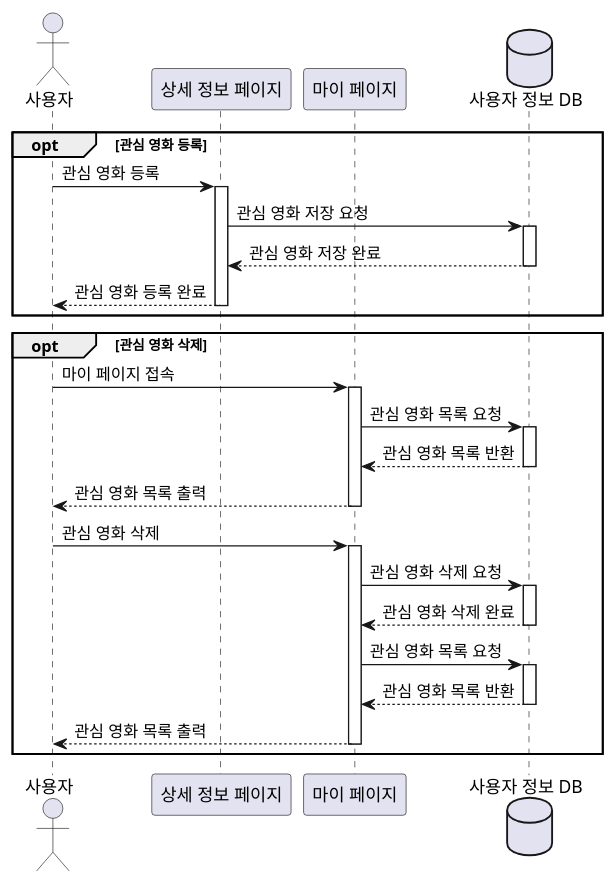
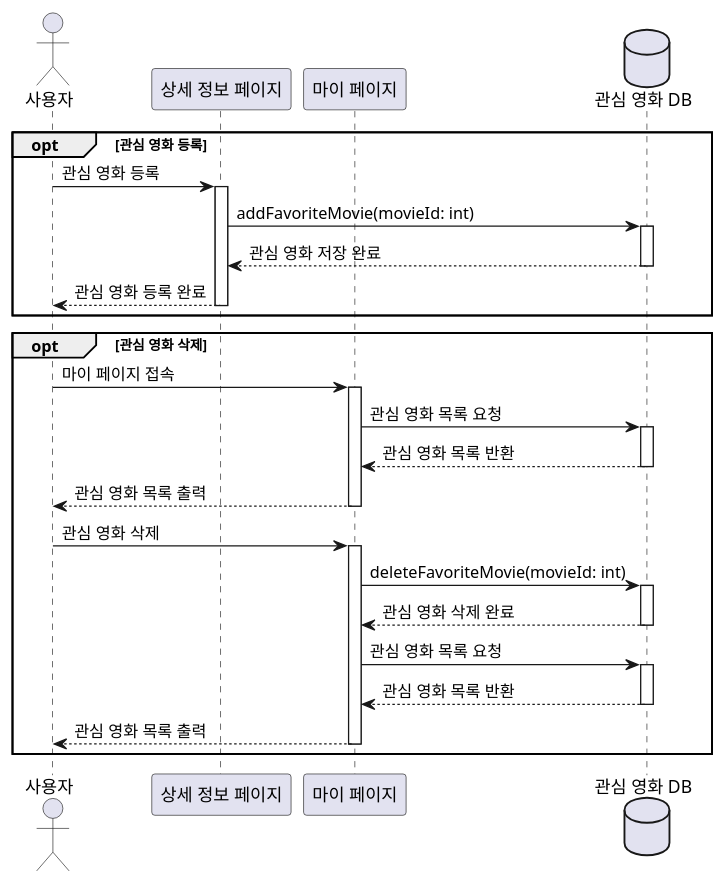
Before and after one commit to marmot8080/SWE: the diagram in src/sequence_favorite.puml, drawn with PlantUML. The commit also changed 6 other files, not shown here.

Commit message:
Update sequence diagram

```diff
--- a/src/sequence_favorite.puml
+++ b/src/sequence_favorite.puml
@@ -1,43 +1,43 @@
 @startuml
 
 actor "사용자" as user
 participant "상세 정보 페이지" as detailPage
 participant "마이 페이지" as myPage
-database "사용자 정보 DB" as db
+database "관심 영화 DB" as db
 
 opt 관심 영화 등록
 user -> detailPage : 관심 영화 등록
 activate detailPage
-detailPage -> db : 관심 영화 저장 요청
+detailPage -> db : addFavoriteMovie(movieId: int)
 activate db
 db --> detailPage : 관심 영화 저장 완료
 deactivate db
 detailPage --> user : 관심 영화 등록 완료
 deactivate detailPage
 end
 
 opt 관심 영화 삭제
 user -> myPage : 마이 페이지 접속
 activate myPage
 myPage -> db : 관심 영화 목록 요청
 activate db
 db --> myPage : 관심 영화 목록 반환
 deactivate db
 myPage --> user : 관심 영화 목록 출력
 deactivate myPage
 
 user -> myPage : 관심 영화 삭제
 activate myPage
-myPage -> db : 관심 영화 삭제 요청
+myPage -> db : deleteFavoriteMovie(movieId: int)
 activate db
 db --> myPage : 관심 영화 삭제 완료
 deactivate db
 myPage -> db : 관심 영화 목록 요청
 activate db
 db --> myPage : 관심 영화 목록 반환
 deactivate db
 myPage --> user : 관심 영화 목록 출력
 deactivate myPage
 end
 
 @enduml
```
